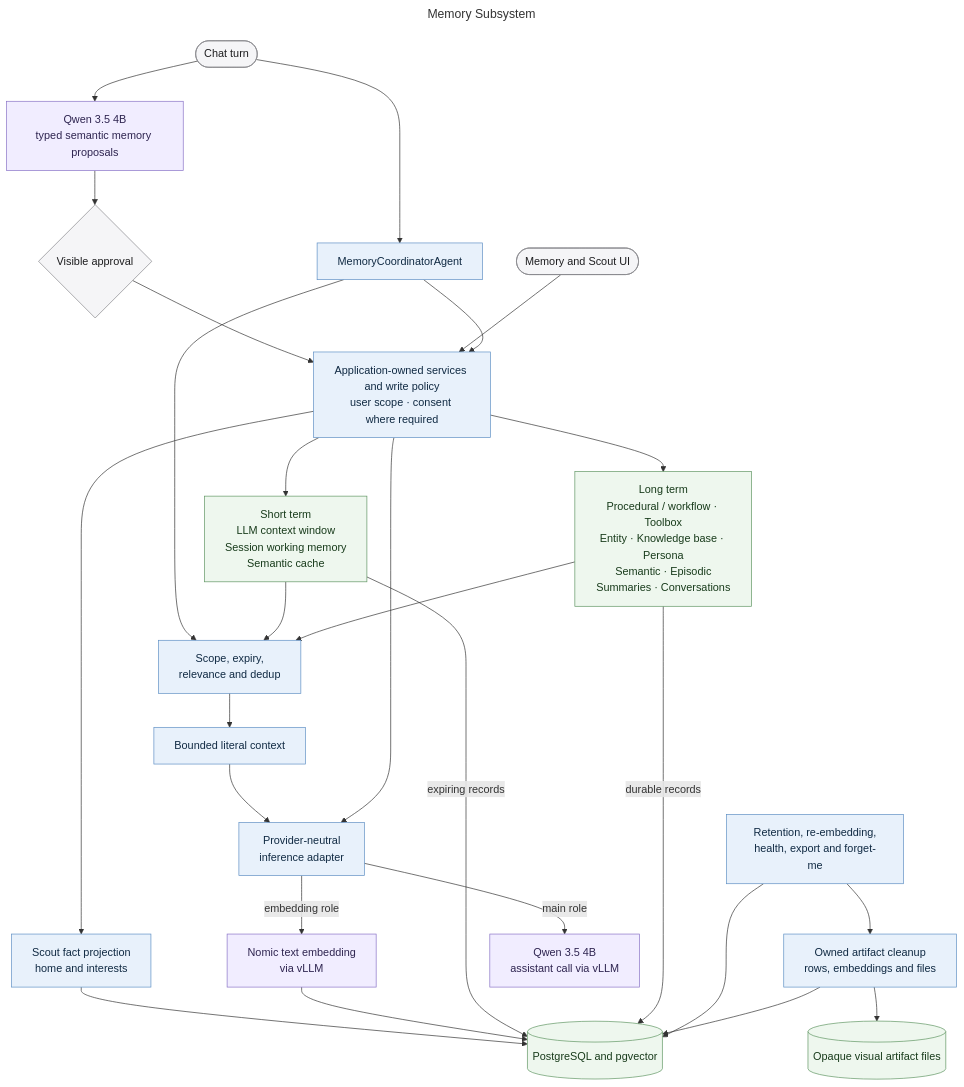
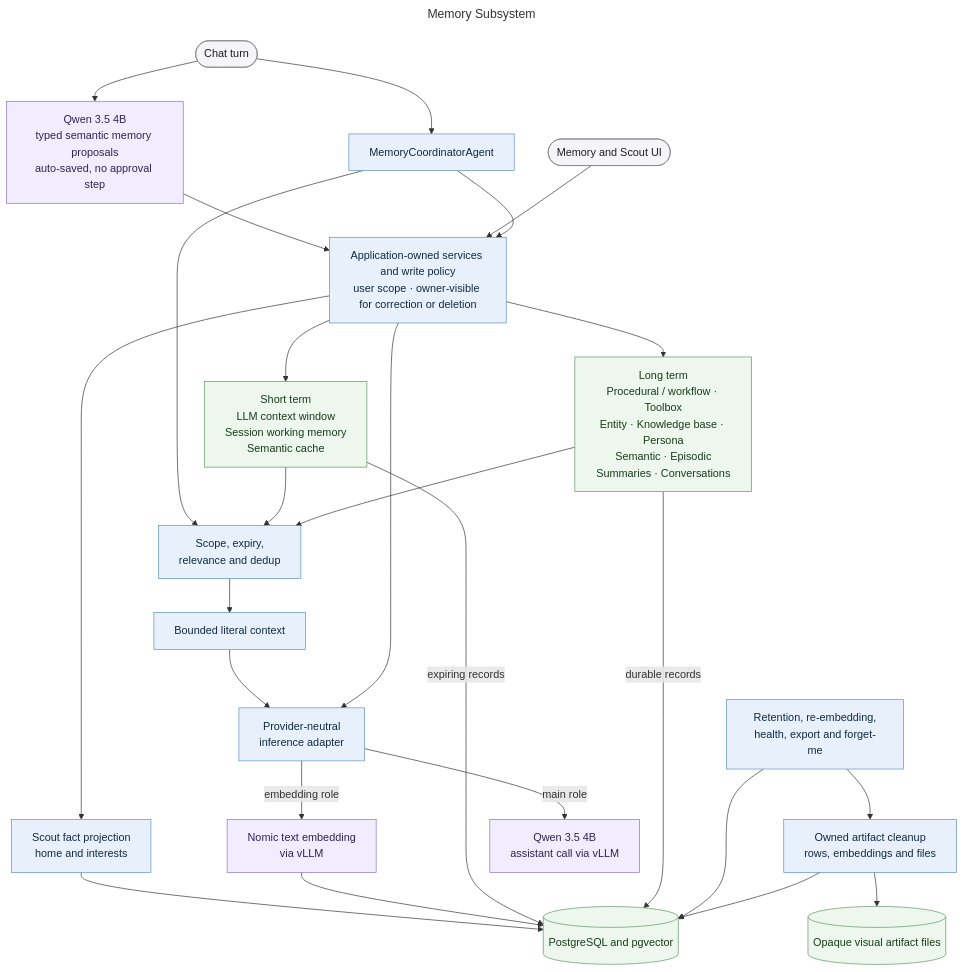
The diagram in docs/diagrams/memory-subsystem.mmd (MallyaAni/PersonalAssistant), drawn with Mermaid before and after one commit. The commit also changed 39 other files, not shown here.

```diff
--- a/docs/diagrams/memory-subsystem.mmd
+++ b/docs/diagrams/memory-subsystem.mmd
@@ -1,56 +1,55 @@
 ---
 title: Memory Subsystem
 ---
 flowchart TB
     Chat([Chat turn])
     UI([Memory and Scout UI])
 
-    Proposal[Qwen 3.5 4B<br/>typed semantic memory proposals]
-    Review{Visible approval}
+    Proposal[Qwen 3.5 4B<br/>typed semantic memory proposals<br/>auto-saved, no approval step]
     Coordinator[MemoryCoordinatorAgent]
-    Services[Application-owned services and write policy<br/>user scope · consent where required]
+    Services[Application-owned services and write policy<br/>user scope · owner-visible for correction or deletion]
     Retrieval[Scope, expiry,<br/>relevance and dedup]
     Context[Bounded literal context]
 
     Short[Short term<br/>LLM context window<br/>Session working memory<br/>Semantic cache]
     Long[Long term<br/>Procedural / workflow · Toolbox<br/>Entity · Knowledge base · Persona<br/>Semantic · Episodic<br/>Summaries · Conversations]
 
     Inference[Provider-neutral<br/>inference adapter]
     TextEmbed[Nomic text embedding<br/>via vLLM]
     Database[(PostgreSQL and pgvector)]
     Files[(Opaque visual artifact files)]
     Maintenance[Retention, re-embedding,<br/>health, export and forget-me]
     ArtifactCleanup[Owned artifact cleanup<br/>rows, embeddings and files]
     Discovery[Scout fact projection<br/>home and interests]
 
     Main[Qwen 3.5 4B<br/>assistant call via vLLM]
 
-    Chat --> Proposal --> Review --> Services
+    Chat --> Proposal --> Services
     Chat --> Coordinator
     UI --> Services
     Coordinator --> Services
     Services --> Short
     Services --> Long
     Services --> Discovery --> Database
     Coordinator --> Retrieval
     Short --> Retrieval
     Long --> Retrieval
     Retrieval --> Context --> Inference
     Inference -->|main role| Main
     Services --> Inference
     Inference -->|embedding role| TextEmbed --> Database
     Short -->|expiring records| Database
     Long -->|durable records| Database
     Maintenance --> Database
     Maintenance --> ArtifactCleanup
     ArtifactCleanup --> Database
     ArtifactCleanup --> Files
 
     classDef interface fill:#f5f5f7,stroke:#86868b,color:#1d1d1f;
     classDef application fill:#e8f1fb,stroke:#5e8fc4,color:#102a43;
     classDef data fill:#eef7ee,stroke:#5f9562,color:#183b1b;
     classDef model fill:#f1edff,stroke:#8872c6,color:#2e2450;
-    class Chat,UI,Review interface;
+    class Chat,UI interface;
     class Coordinator,Services,Retrieval,Context,Inference,Maintenance,ArtifactCleanup,Discovery application;
     class Short,Long,Database,Files data;
     class TextEmbed,Main,Proposal model;
```
